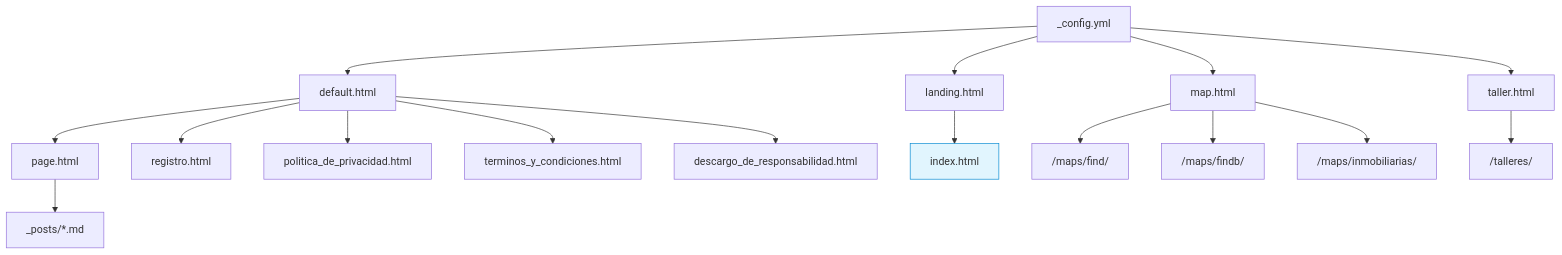
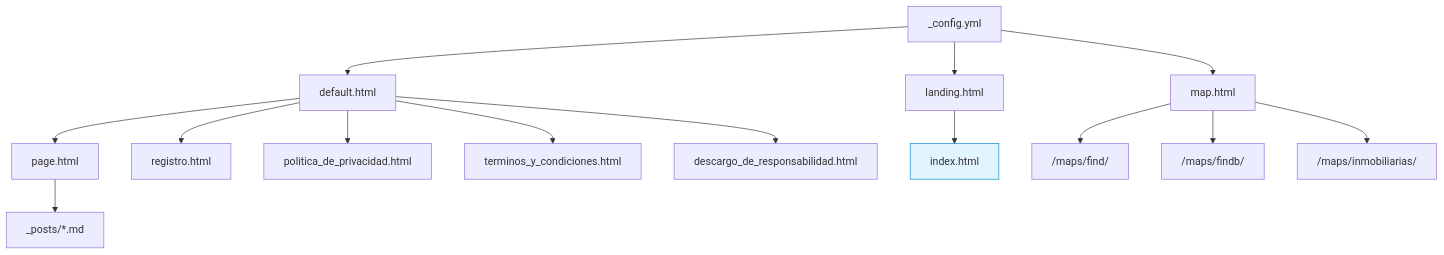
One commit to asosab/statetty changed the first of 3 diagrams in arquitectura.md. Above: the diagram before and after it, drawn with Mermaid. The commit also changed other lines of this file and 15 other files, not shown here.

````diff
--- a/arquitectura.md
+++ b/arquitectura.md
@@ -35,25 +35,22 @@
 ```mermaid
 graph TD
     A[ _config.yml ] --> B[ default.html ]
     A --> C[ landing.html ]
     A --> D[ map.html ]
-    A --> E[ taller.html ]
 
     B --> F[ page.html ]
     B --> G[ registro.html ]
     B --> H[ politica_de_privacidad.html ]
     B --> I[ terminos_y_condiciones.html ]
     B --> J[ descargo_de_responsabilidad.html ]
 
     C --> K[ index.html ]:::landing
 
     D --> L[ /maps/find/ ]
     D --> M[ /maps/findb/ ]
     D --> N[ /maps/inmobiliarias/ ]
 
-    E --> O[ /talleres/ ]
-
     F --> P[ _posts/*.md ]
 
     classDef landing fill:#e1f5fe,stroke:#0288d1
 ```
````
